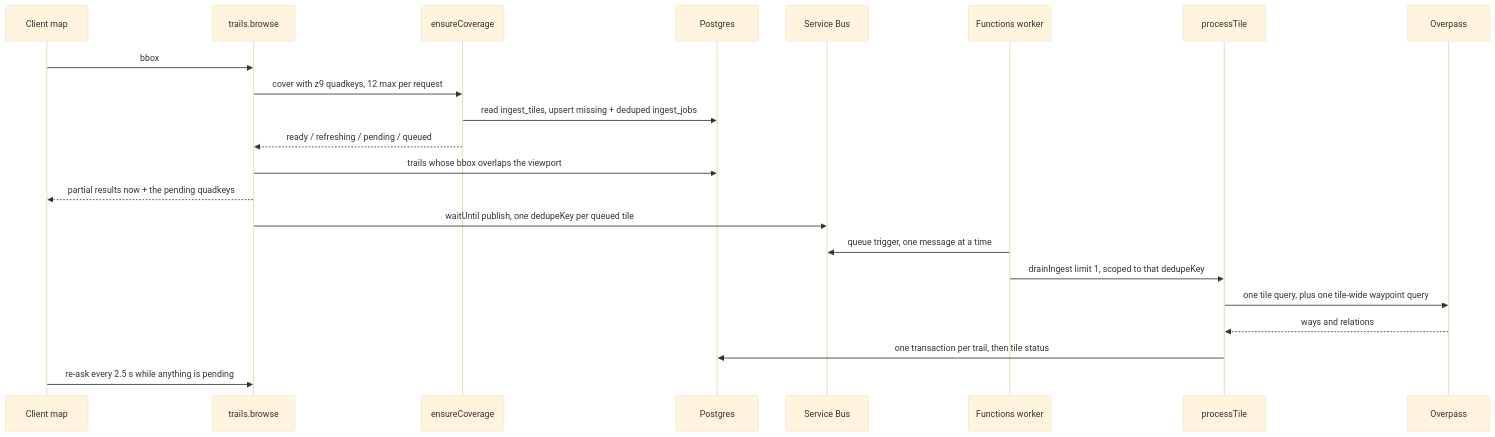
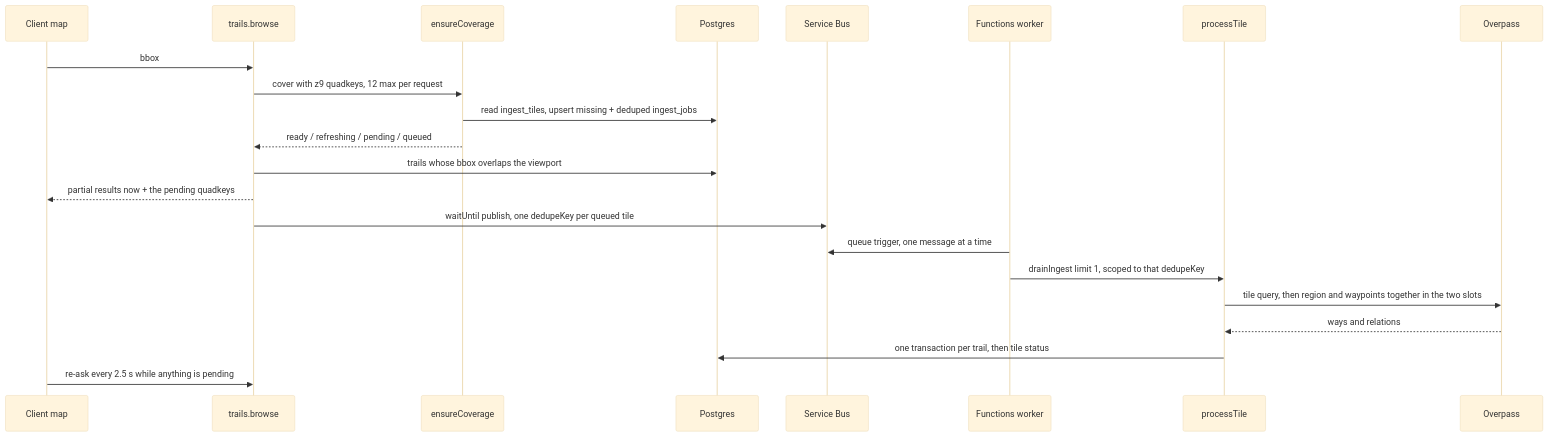
One commit to mbahgatTech/switchback changed the second of 13 diagrams in docs/architecture.md. Above: the diagram before and after it, drawn with Mermaid (base theme). The commit also changed other lines of this file and 7 other files, not shown here.

First line of the commit message:
Fill both Overpass slots on the way to a tile's first trail

````diff
--- a/docs/architecture.md
+++ b/docs/architecture.md
@@ -58,27 +58,27 @@
 ```mermaid
 sequenceDiagram
   participant C as Client map
   participant B as trails.browse
   participant V as ensureCoverage
   participant DB as Postgres
   participant SB as Service Bus
   participant W as Functions worker
   participant P as processTile
   participant O as Overpass
 
   C->>B: bbox
   B->>V: cover with z9 quadkeys, 12 max per request
   V->>DB: read ingest_tiles, upsert missing + deduped ingest_jobs
   V-->>B: ready / refreshing / pending / queued
   B->>DB: trails whose bbox overlaps the viewport
   B-->>C: partial results now + the pending quadkeys
 
   B->>SB: waitUntil publish, one dedupeKey per queued tile
   W->>SB: queue trigger, one message at a time
   W->>P: drainIngest limit 1, scoped to that dedupeKey
 
-  P->>O: one tile query, plus one tile-wide waypoint query
+  P->>O: tile query, then region and waypoints together in the two slots
   O-->>P: ways and relations
   P->>DB: one transaction per trail, then tile status
   C->>B: re-ask every 2.5 s while anything is pending
 ```
````
